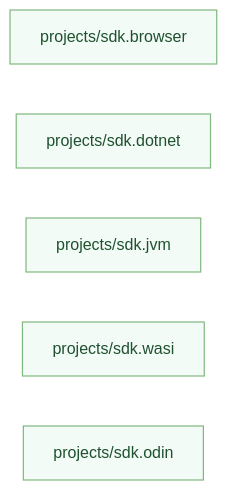
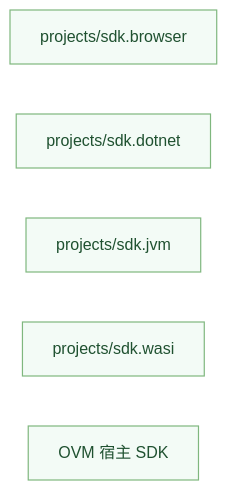
The third of 5 diagrams in documentation/pages/zh-hans/language/sdk-vendors/layering.md (valkyrie-language/valkyrie.v), drawn with Mermaid before and after one commit. The commit also changed 1 other file, not shown here.

Commit message:
📝 Keep SDK roles distinct from artifact names

````diff
--- a/documentation/pages/zh-hans/language/sdk-vendors/layering.md
+++ b/documentation/pages/zh-hans/language/sdk-vendors/layering.md
@@ -124,14 +124,14 @@
 ```mermaid
 flowchart LR
     Browser[projects/sdk.browser]
     Dotnet[projects/sdk.dotnet]
     JVM[projects/sdk.jvm]
     WASI[projects/sdk.wasi]
-    Nyar[projects/sdk.odin]
+    Nyar[OVM 宿主 SDK]
 
     classDef phase fill:#f6f9fc,stroke:#8a9aad,stroke-width:1.2px,color:#1f2937;
     classDef boundary fill:#fff8e8,stroke:#d6a93d,stroke-width:1.2px,color:#5c4400;
     classDef delivery fill:#f3fbf6,stroke:#7fb77e,stroke-width:1.2px,color:#1f5130;
 
     class Browser,Dotnet,JVM,WASI,Nyar delivery;
 ```
````
